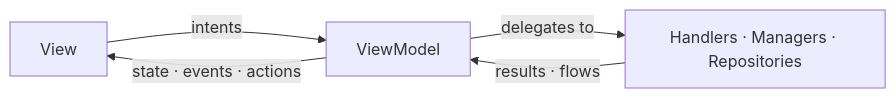
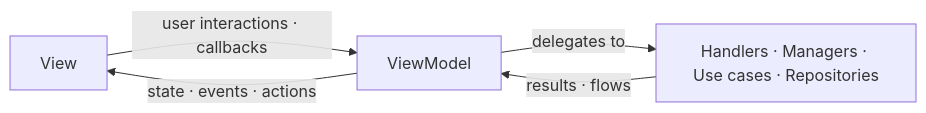
One commit to home-assistant/developers.home-assistant changed the first of 2 diagrams in docs/android/ui_architecture.md. Above: the diagram before and after it, drawn with Mermaid. The commit also changed other lines of this file and 6 other files, not shown here.

````diff
--- a/docs/android/ui_architecture.md
+++ b/docs/android/ui_architecture.md
@@ -24,7 +24,7 @@
 ```mermaid
 flowchart LR
-    View -->|"intents"| ViewModel
+    View -->|"user interactions · callbacks"| ViewModel
     ViewModel -->|"state · events · actions"| View
-    ViewModel -->|"delegates to"| Blocks["Handlers · Managers · Repositories"]
+    ViewModel -->|"delegates to"| Blocks["Handlers · Managers · Use cases · Repositories"]
     Blocks -->|"results · flows"| ViewModel
 ```
````
